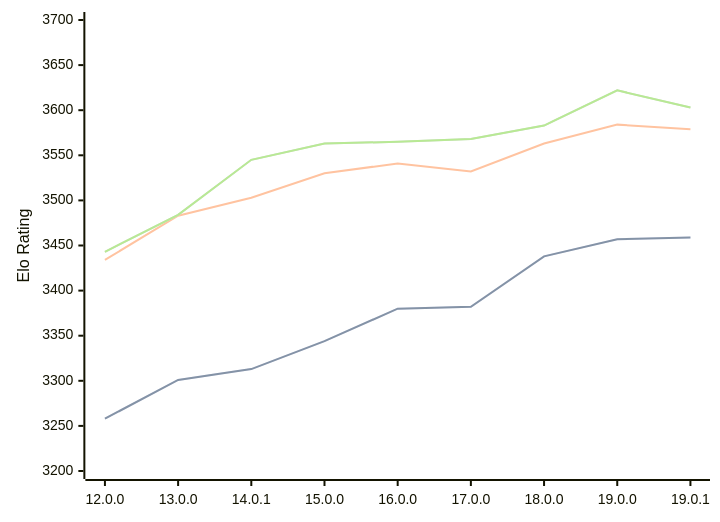
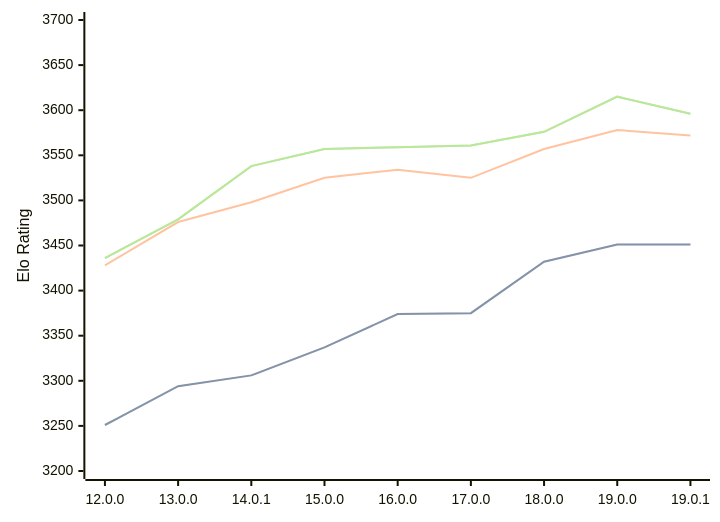
The diagram in engines/Viridithas.md (computer-chess-index/cci), drawn with Mermaid before and after one commit. The commit also changed other lines of this file, not shown here.

Commit message:
Update CCI Ratings (ELO VLTC) - 2026-05-18

````diff
--- a/engines/Viridithas.md
+++ b/engines/Viridithas.md
@@ -63,11 +63,11 @@
 ```mermaid
 %%{init: {"theme":"base","themeVariables":{"seriesColors:['#a3a3a3','#222221','#faa371']}}}%%
 xychart-beta
   x-axis ["12.0.0", "13.0.0", "14.0.1", "15.0.0", "16.0.0", "17.0.0", "18.0.0", "19.0.0", "19.0.1"]
   y-axis "Elo Rating" 3200 --> 3700
-  line "STC (8.0+0.08s)" [3258, 3301, 3313, 3344, 3380, 3382, 3438, 3457, 3459]
-  line "STC (8.0+0.08s)" [3258, 3301, 3313, 3344, 3380, 3382, 3438, 3457, 3459]
-  line "LTC (60.0+0.60s)" [3434, 3483, 3503, 3530, 3541, 3532, 3563, 3584, 3579]
-  line "VLTC (2m24s+1.12s)" [3443, 3484, 3545, 3563, 3565, 3568, 3583, 3622, 3603]
-  line "VLTC (2m24s+1.12s)" [3443, 3484, 3545, 3563, 3565, 3568, 3583, 3622, 3603]
+  line "STC (8.0+0.08s)" [3251, 3294, 3306, 3337, 3374, 3375, 3432, 3451, 3451]
+  line "STC (8.0+0.08s)" [3251, 3294, 3306, 3337, 3374, 3375, 3432, 3451, 3451]
+  line "LTC (60.0+0.60s)" [3428, 3476, 3498, 3525, 3534, 3525, 3557, 3578, 3572]
+  line "VLTC (2m24s+1.12s)" [3436, 3479, 3538, 3557, 3559, 3561, 3576, 3615, 3596]
+  line "VLTC (2m24s+1.12s)" [3436, 3479, 3538, 3557, 3559, 3561, 3576, 3615, 3596]
 ```
````
